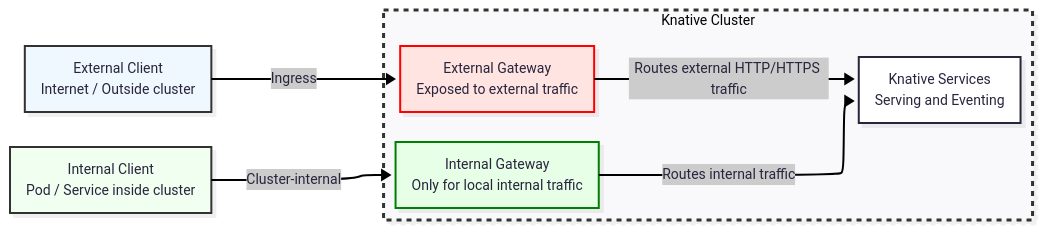
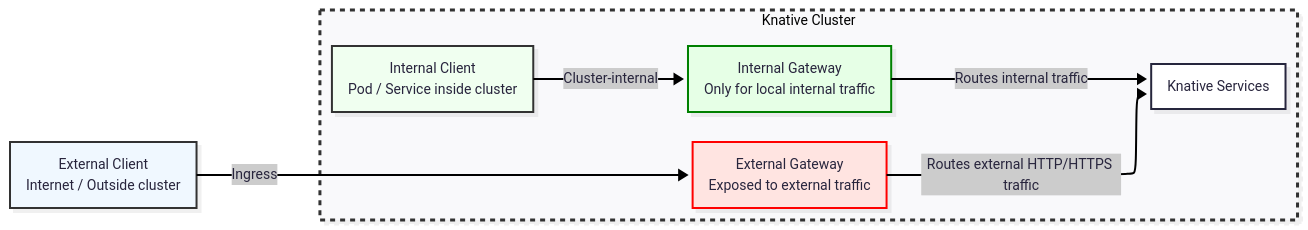
Before and after one commit to knative/docs: the eighth of 8 diagrams in docs/versioned/serving/config-network-adapters.md, drawn with Mermaid. The commit also changed other lines of this file and 2 other files, not shown here.

````diff
--- a/docs/versioned/serving/config-network-adapters.md
+++ b/docs/versioned/serving/config-network-adapters.md
@@ -292,25 +292,25 @@
 ```mermaid
 ---
 config:
   look: neo
   theme: redux
   layout: elk
 ---
 flowchart LR
  subgraph Cluster["Knative Cluster"]
     direction TB
         ExtGateway["External Gateway<br>Exposed to external traffic"]
         IntGateway["Internal Gateway<br>Only for local internal traffic"]
-        KServe["Knative Services<br>Serving and Eventing"]
+        KServe["Knative Services"]
+        InternalClient["Internal Client<br>Pod / Service inside cluster"] -- "Cluster-internal" --> IntGateway
   end
     ExtGateway -- Routes external HTTP/HTTPS traffic --> KServe
     IntGateway -- Routes internal traffic --> KServe
     ExternalClient["External Client<br>Internet / Outside cluster"] -- Ingress --> ExtGateway
-    InternalClient["Internal Client<br>Pod / Service inside cluster"] -- "Cluster-internal" --> IntGateway
 
     style ExtGateway fill:#ffe4e1,stroke:#ff0000,stroke-width:2px
     style IntGateway fill:#e6ffe6,stroke:#008000,stroke-width:2px
     style ExternalClient fill:#f0f8ff,stroke:#333
     style InternalClient fill:#f0fff0,stroke:#333
     style Cluster stroke:#333,stroke-width:3px,stroke-dasharray: 5 5
 ```    
````
